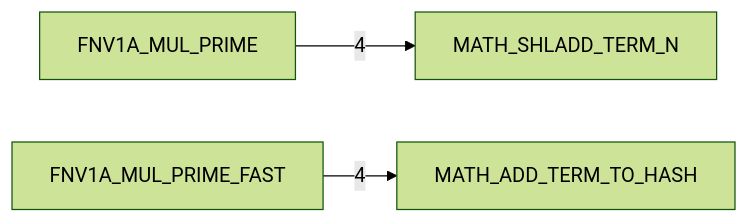
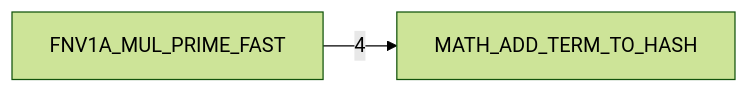
Before and after one commit to 95westus/R-YORS: the sixth of 6 diagrams in DOC/GENERATED/HIMON_ROUTINE_TREE.md, drawn with Mermaid (forest theme). The commit also changed other lines of this file and 85 other files, not shown here.

````diff
--- a/DOC/GENERATED/HIMON_ROUTINE_TREE.md
+++ b/DOC/GENERATED/HIMON_ROUTINE_TREE.md
@@ -88,5 +89,4 @@
 ```mermaid
 flowchart LR
-    N_FNV1A_MUL_PRIME[FNV1A_MUL_PRIME] -->|4| N_MATH_SHLADD_TERM_N[MATH_SHLADD_TERM_N]
     N_FNV1A_MUL_PRIME_FAST[FNV1A_MUL_PRIME_FAST] -->|4| N_MATH_ADD_TERM_TO_HASH[MATH_ADD_TERM_TO_HASH]
 ```
````
